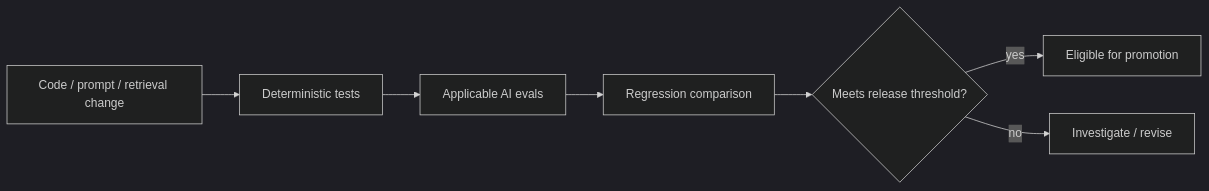
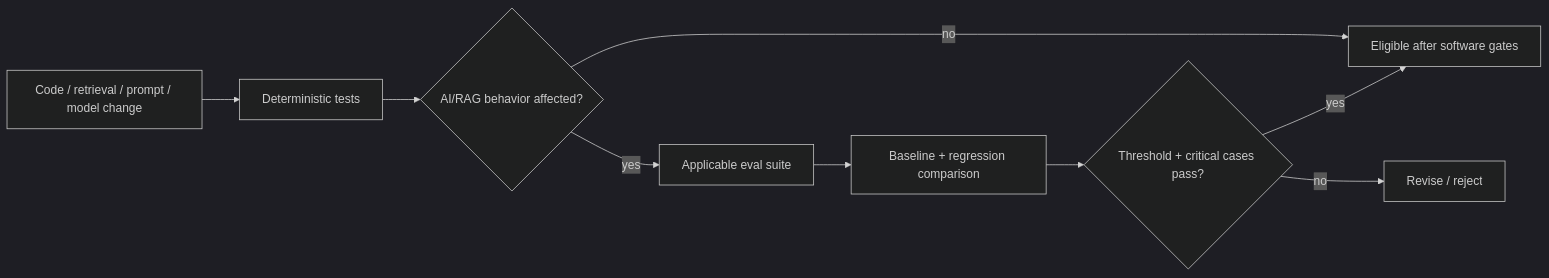
The sixth of 6 diagrams in docs/quality/EVAL_STRATEGY.md (kumarchandansingh/tropos), drawn with Mermaid (dark theme) before and after one commit. The commit also changed other lines of this file and 13 other files, not shown here.

Commit message:
docs: rebuild Tropos living architecture

````diff
--- a/docs/quality/EVAL_STRATEGY.md
+++ b/docs/quality/EVAL_STRATEGY.md
@@ -61,9 +137,12 @@
 ```mermaid
 flowchart LR
-    Change[Code / prompt / retrieval change] --> DT[Deterministic tests]
-    DT --> AE[Applicable AI evals]
-    AE --> RC[Regression comparison]
-    RC --> Gate{Meets release threshold?}
-    Gate -- yes --> Promote[Eligible for promotion]
-    Gate -- no --> Fix[Investigate / revise]
+    Change[Code / retrieval / prompt / model change]
+    --> D[Deterministic tests]
+    --> A{AI/RAG behavior affected?}
+    A -- no --> Eligible[Eligible after software gates]
+    A -- yes --> E[Applicable eval suite]
+    E --> Compare[Baseline + regression comparison]
+    Compare --> G{Threshold + critical cases pass?}
+    G -- yes --> Eligible
+    G -- no --> Fix[Revise / reject]
 ```
````
